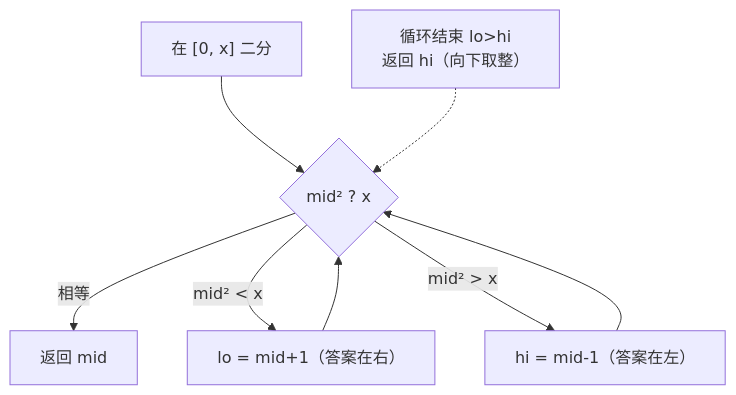
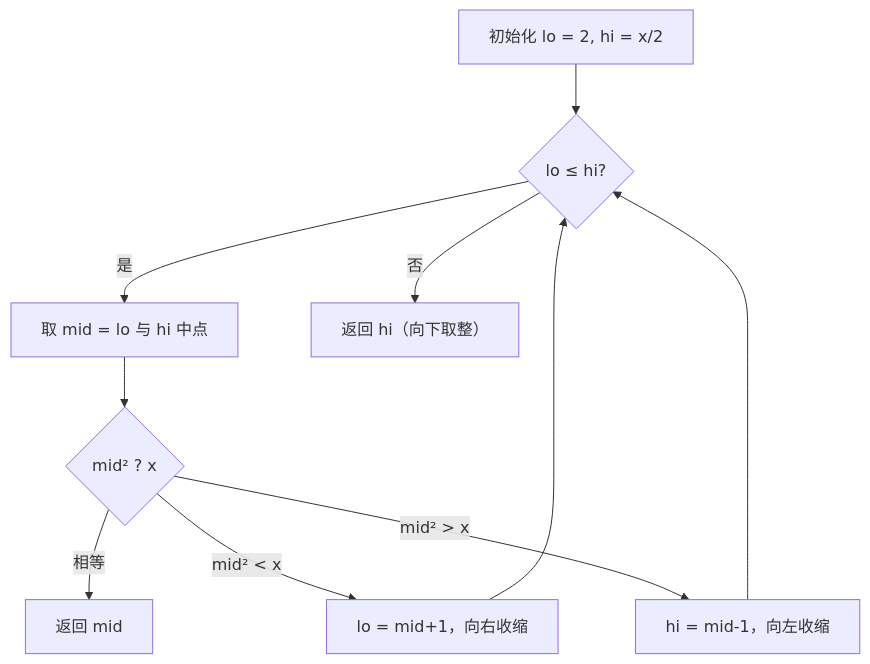
One commit to OctalZero/hot100-py changed the first of 2 diagrams in 19-大厂加餐/字节加餐/0069-x的平方根.md. Above: the diagram before and after it, drawn with Mermaid. The commit also changed other lines of this file and 117 other files, not shown here.

First line of the commit message:
feat: 全题解配图升级为「动画式 mermaid」（总览骨架 + 横向时间线逐步推演）

````diff
--- a/19-大厂加餐/字节加餐/0069-x的平方根.md
+++ b/19-大厂加餐/字节加餐/0069-x的平方根.md
@@ -25,10 +25,12 @@
 ```mermaid
 flowchart TD
-    A["在 [0, x] 二分"] --> B{"mid² ? x"}
-    B -- "相等" --> C["返回 mid"]
-    B -- "mid² < x" --> D["lo = mid+1（答案在右）"]
-    B -- "mid² > x" --> E["hi = mid-1（答案在左）"]
-    D --> B
-    E --> B
-    F["循环结束 lo>hi<br/>返回 hi（向下取整）"] -.-> B
+    A["初始化 lo = 2, hi = x/2"] --> B{"lo ≤ hi?"}
+    B -->|"是"| C["取 mid = lo 与 hi 中点"]
+    C --> D{"mid² ? x"}
+    D -->|"相等"| E["返回 mid"]
+    D -->|"mid² < x"| F["lo = mid+1，向右收缩"]
+    D -->|"mid² > x"| G["hi = mid-1，向左收缩"]
+    F --> B
+    G --> B
+    B -->|"否"| H["返回 hi（向下取整）"]
 ```
````
